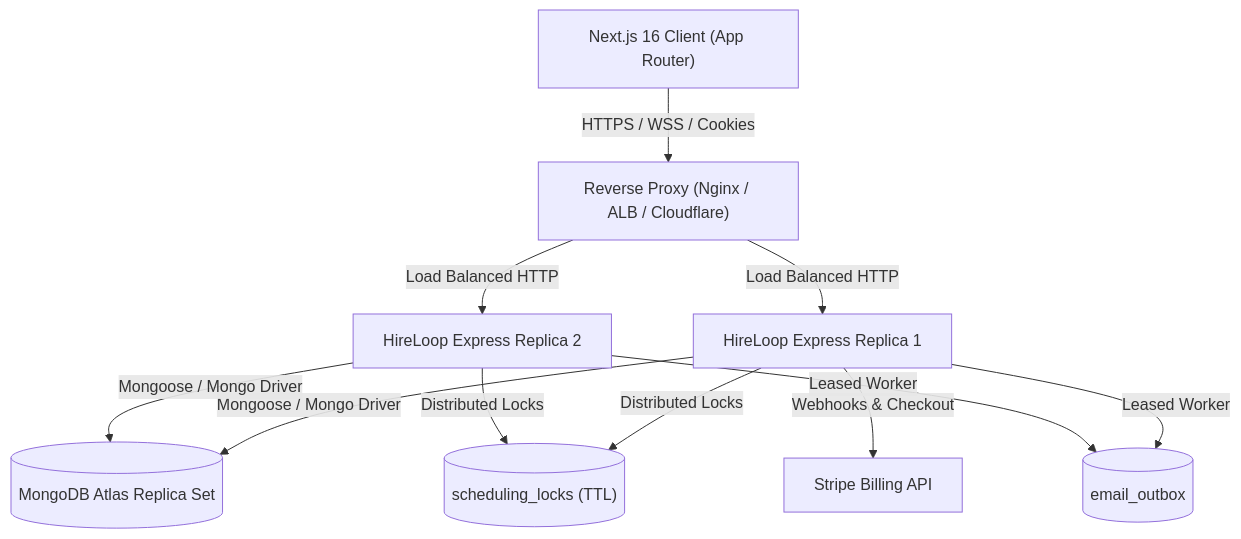
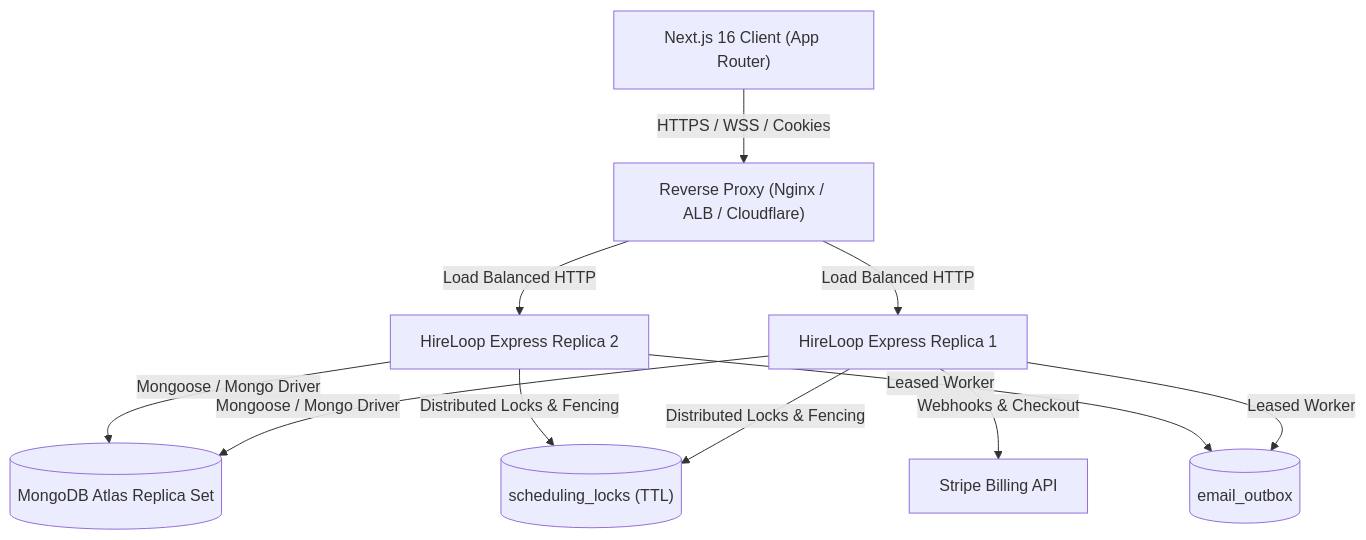
The diagram in DEPLOYMENT_READINESS.md (erpranto55/Hireloop-Server), drawn with Mermaid before and after one commit. The commit also changed other lines of this file and 8 other files, not shown here.

````diff
--- a/DEPLOYMENT_READINESS.md
+++ b/DEPLOYMENT_READINESS.md
@@ -21,13 +20,13 @@
 ```mermaid
 flowchart TD
     Client["Next.js 16 Client (App Router)"] -->|HTTPS / WSS / Cookies| Proxy["Reverse Proxy (Nginx / ALB / Cloudflare)"]
     Proxy -->|Load Balanced HTTP| Server1["HireLoop Express Replica 1"]
     Proxy -->|Load Balanced HTTP| Server2["HireLoop Express Replica 2"]
     Server1 -->|Mongoose / Mongo Driver| Mongo[("MongoDB Atlas Replica Set")]
     Server2 -->|Mongoose / Mongo Driver| Mongo
-    Server1 -->|Distributed Locks| Locks[("scheduling_locks (TTL)")]
-    Server2 -->|Distributed Locks| Locks
+    Server1 -->|Distributed Locks & Fencing| Locks[("scheduling_locks (TTL)")]
+    Server2 -->|Distributed Locks & Fencing| Locks
     Server1 -->|Leased Worker| Outbox[("email_outbox")]
     Server2 -->|Leased Worker| Outbox
     Server1 -->|Webhooks & Checkout| Stripe["Stripe Billing API"]
 ```
````
